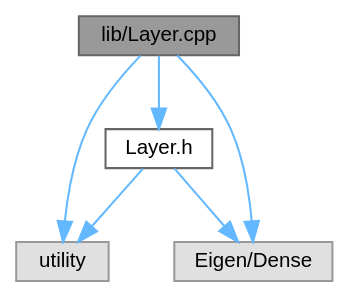
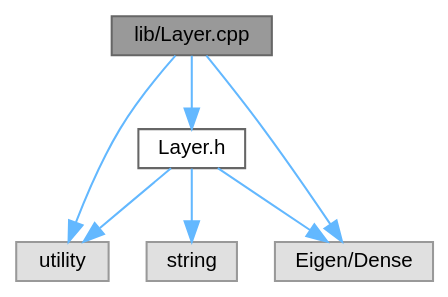
The diagram in Layer_8cpp__incl.dot (Nalin-Angrish/FlexNN), drawn with Graphviz before and after one commit. The commit also changed 85 other files, not shown here.

```diff
--- a/Layer_8cpp__incl.dot
+++ b/Layer_8cpp__incl.dot
@@ -1,16 +1,18 @@
 digraph "lib/Layer.cpp"
 {
  // LATEX_PDF_SIZE
   bgcolor="transparent";
   edge [fontname=Helvetica,fontsize=10,labelfontname=Helvetica,labelfontsize=10];
   node [fontname=Helvetica,fontsize=10,shape=box,height=0.2,width=0.4];
   Node1 [id="Node000001",label="lib/Layer.cpp",height=0.2,width=0.4,color="gray40", fillcolor="grey60", style="filled", fontcolor="black",tooltip="Source file for the Layer class in the FlexNN neural network library."];
   Node1 -> Node2 [id="edge1_Node000001_Node000002",color="steelblue1",style="solid",tooltip=" "];
   Node2 [id="Node000002",label="utility",height=0.2,width=0.4,color="grey60", fillcolor="#E0E0E0", style="filled",tooltip=" "];
   Node1 -> Node3 [id="edge2_Node000001_Node000003",color="steelblue1",style="solid",tooltip=" "];
   Node3 [id="Node000003",label="Eigen/Dense",height=0.2,width=0.4,color="grey60", fillcolor="#E0E0E0", style="filled",tooltip=" "];
   Node1 -> Node4 [id="edge3_Node000001_Node000004",color="steelblue1",style="solid",tooltip=" "];
   Node4 [id="Node000004",label="Layer.h",height=0.2,width=0.4,color="grey40", fillcolor="white", style="filled",URL="$Layer_8h.html",tooltip="Header file for the Layer class in the FlexNN neural network library."];
-  Node4 -> Node2 [id="edge4_Node000004_Node000002",color="steelblue1",style="solid",tooltip=" "];
-  Node4 -> Node3 [id="edge5_Node000004_Node000003",color="steelblue1",style="solid",tooltip=" "];
+  Node4 -> Node5 [id="edge4_Node000004_Node000005",color="steelblue1",style="solid",tooltip=" "];
+  Node5 [id="Node000005",label="string",height=0.2,width=0.4,color="grey60", fillcolor="#E0E0E0", style="filled",tooltip=" "];
+  Node4 -> Node2 [id="edge5_Node000004_Node000002",color="steelblue1",style="solid",tooltip=" "];
+  Node4 -> Node3 [id="edge6_Node000004_Node000003",color="steelblue1",style="solid",tooltip=" "];
 }
```
